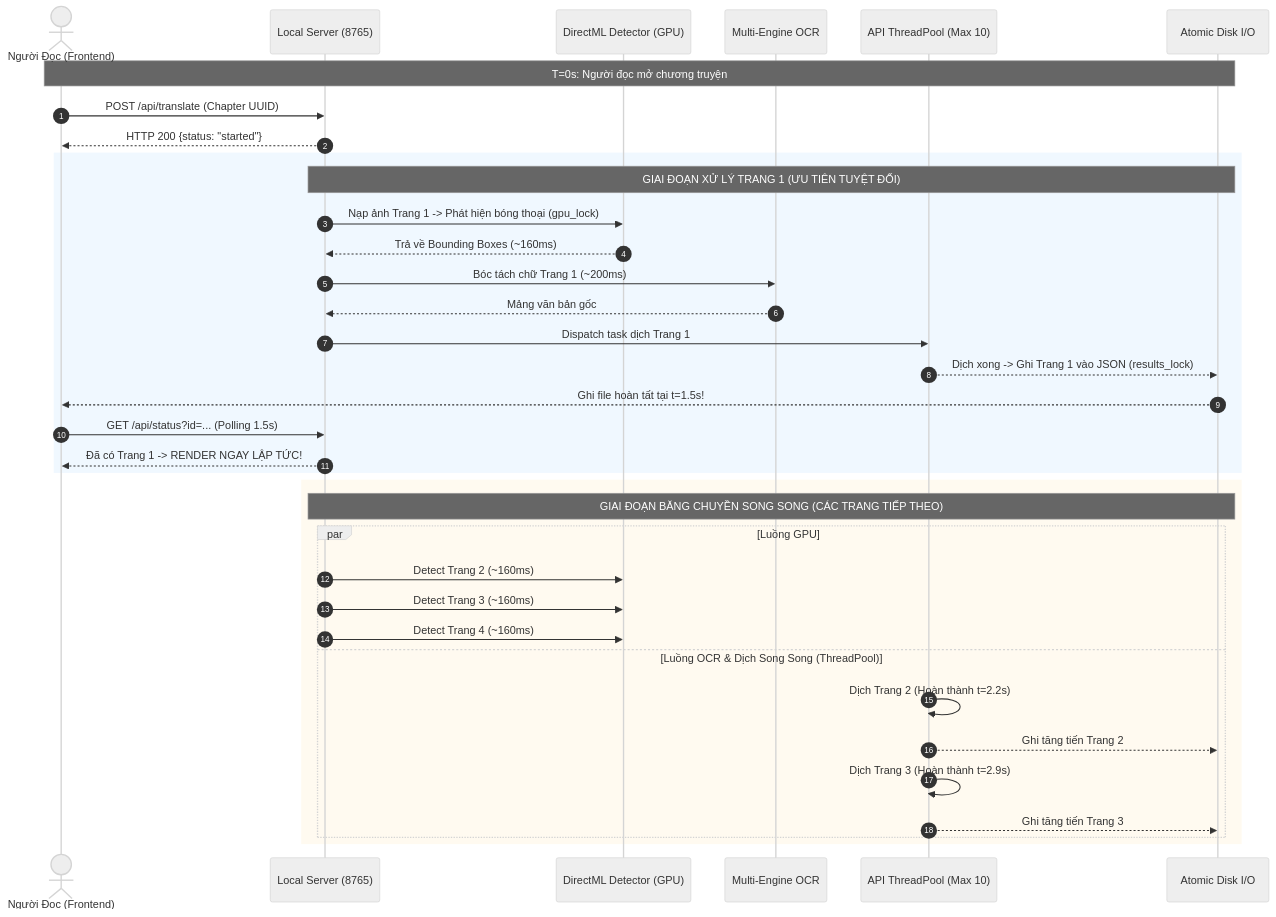
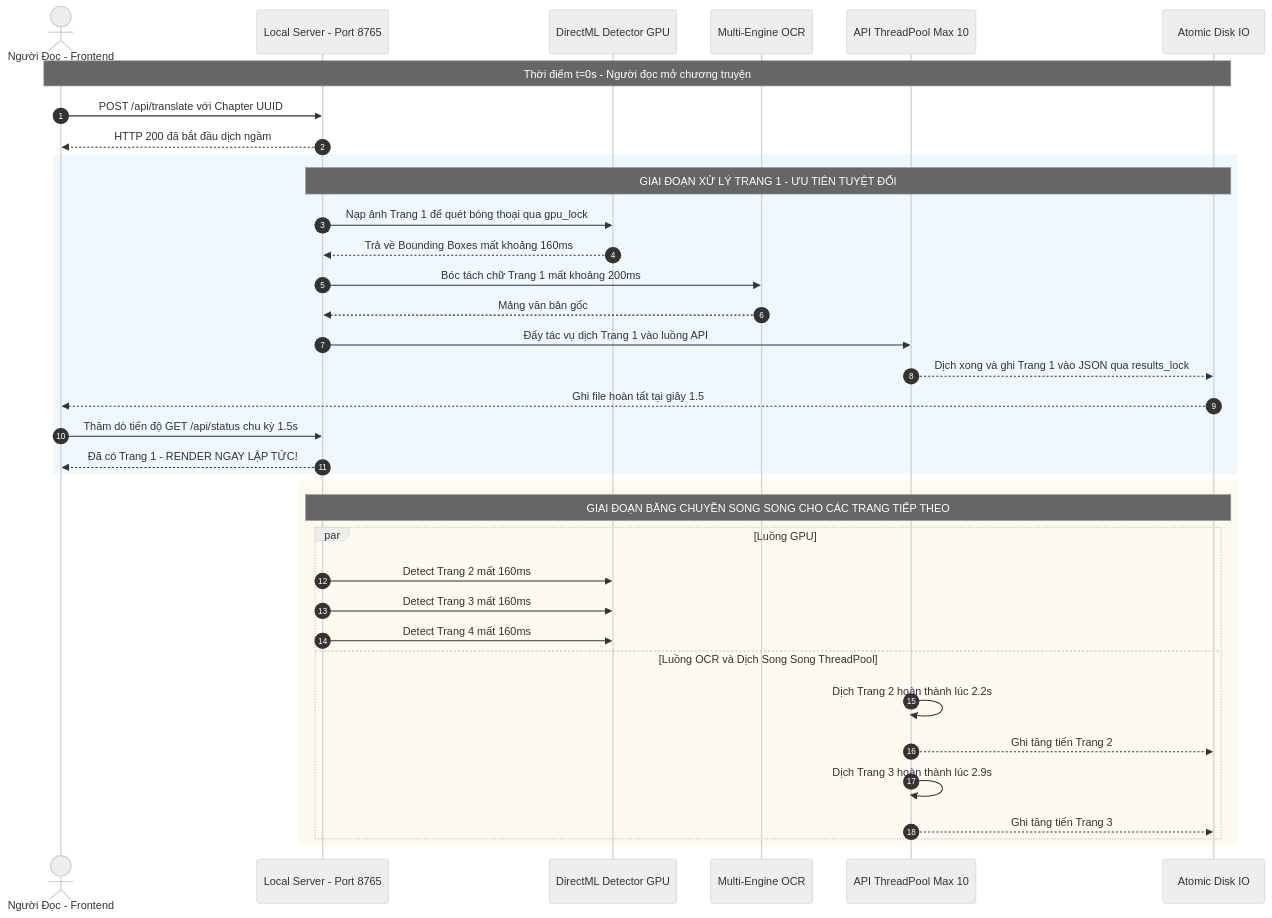
The third of 5 diagrams in KIEN_TRUC_VA_NGUYEN_LY_HOAT_DONG.md (thailong2103/manga-translator-mvp-demo), drawn with Mermaid (neutral theme) before and after one commit. The commit also changed other lines of this file, not shown here.

Commit message:
fix(docs): update  mermaid

````diff
--- a/KIEN_TRUC_VA_NGUYEN_LY_HOAT_DONG.md
+++ b/KIEN_TRUC_VA_NGUYEN_LY_HOAT_DONG.md
@@ -238,41 +239,41 @@
 ```mermaid
 sequenceDiagram
     autonumber
-    actor User as Người Đọc (Frontend)
-    participant Svr as Local Server (8765)
-    participant GPU as DirectML Detector (GPU)
+    actor User as Người Đọc - Frontend
+    participant Svr as Local Server - Port 8765
+    participant GPU as DirectML Detector GPU
     participant OCR as Multi-Engine OCR
-    participant Pool as API ThreadPool (Max 10)
-    participant Disk as Atomic Disk I/O
+    participant Pool as API ThreadPool Max 10
+    participant Disk as Atomic Disk IO
 
-    Note over User, Disk: T=0s: Người đọc mở chương truyện
-    User->>Svr: POST /api/translate (Chapter UUID)
-    Svr-->>User: HTTP 200 {status: "started"}
+    Note over User, Disk: Thời điểm t=0s - Người đọc mở chương truyện
+    User->>Svr: POST /api/translate với Chapter UUID
+    Svr-->>User: HTTP 200 đã bắt đầu dịch ngầm
     
     rect rgb(240, 248, 255)
-        Note over Svr, Disk: GIAI ĐOẠN XỬ LÝ TRANG 1 (ƯU TIÊN TUYỆT ĐỐI)
-        Svr->>GPU: Nạp ảnh Trang 1 -> Phát hiện bóng thoại (gpu_lock)
-        GPU-->>Svr: Trả về Bounding Boxes (~160ms)
-        Svr->>OCR: Bóc tách chữ Trang 1 (~200ms)
+        Note over Svr, Disk: GIAI ĐOẠN XỬ LÝ TRANG 1 - ƯU TIÊN TUYỆT ĐỐI
+        Svr->>GPU: Nạp ảnh Trang 1 để quét bóng thoại qua gpu_lock
+        GPU-->>Svr: Trả về Bounding Boxes mất khoảng 160ms
+        Svr->>OCR: Bóc tách chữ Trang 1 mất khoảng 200ms
         OCR-->>Svr: Mảng văn bản gốc
-        Svr->>Pool: Dispatch task dịch Trang 1
-        Pool-->>Disk: Dịch xong -> Ghi Trang 1 vào JSON (results_lock)
-        Disk-->>User: Ghi file hoàn tất tại t=1.5s!
-        User->>Svr: GET /api/status?id=... (Polling 1.5s)
-        Svr-->>User: Đã có Trang 1 -> RENDER NGAY LẬP TỨC!
+        Svr->>Pool: Đẩy tác vụ dịch Trang 1 vào luồng API
+        Pool-->>Disk: Dịch xong và ghi Trang 1 vào JSON qua results_lock
+        Disk-->>User: Ghi file hoàn tất tại giây 1.5
+        User->>Svr: Thăm dò tiến độ GET /api/status chu kỳ 1.5s
+        Svr-->>User: Đã có Trang 1 - RENDER NGAY LẬP TỨC!
     end
 
     rect rgb(255, 250, 240)
-        Note over Svr, Disk: GIAI ĐOẠN BĂNG CHUYỀN SONG SONG (CÁC TRANG TIẾP THEO)
+        Note over Svr, Disk: GIAI ĐOẠN BĂNG CHUYỀN SONG SONG CHO CÁC TRANG TIẾP THEO
         par Luồng GPU
-            Svr->>GPU: Detect Trang 2 (~160ms)
-            Svr->>GPU: Detect Trang 3 (~160ms)
-            Svr->>GPU: Detect Trang 4 (~160ms)
-        and Luồng OCR & Dịch Song Song (ThreadPool)
-            Pool->>Pool: Dịch Trang 2 (Hoàn thành t=2.2s)
+            Svr->>GPU: Detect Trang 2 mất 160ms
+            Svr->>GPU: Detect Trang 3 mất 160ms
+            Svr->>GPU: Detect Trang 4 mất 160ms
+        and Luồng OCR và Dịch Song Song ThreadPool
+            Pool->>Pool: Dịch Trang 2 hoàn thành lúc 2.2s
             Pool-->>Disk: Ghi tăng tiến Trang 2
-            Pool->>Pool: Dịch Trang 3 (Hoàn thành t=2.9s)
+            Pool->>Pool: Dịch Trang 3 hoàn thành lúc 2.9s
             Pool-->>Disk: Ghi tăng tiến Trang 3
         end
     end
 ```
````
